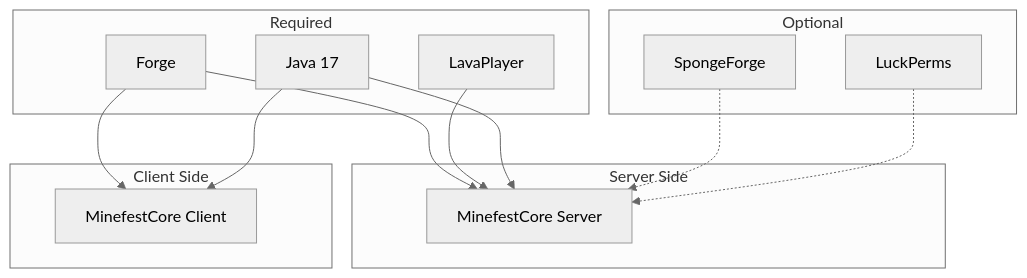
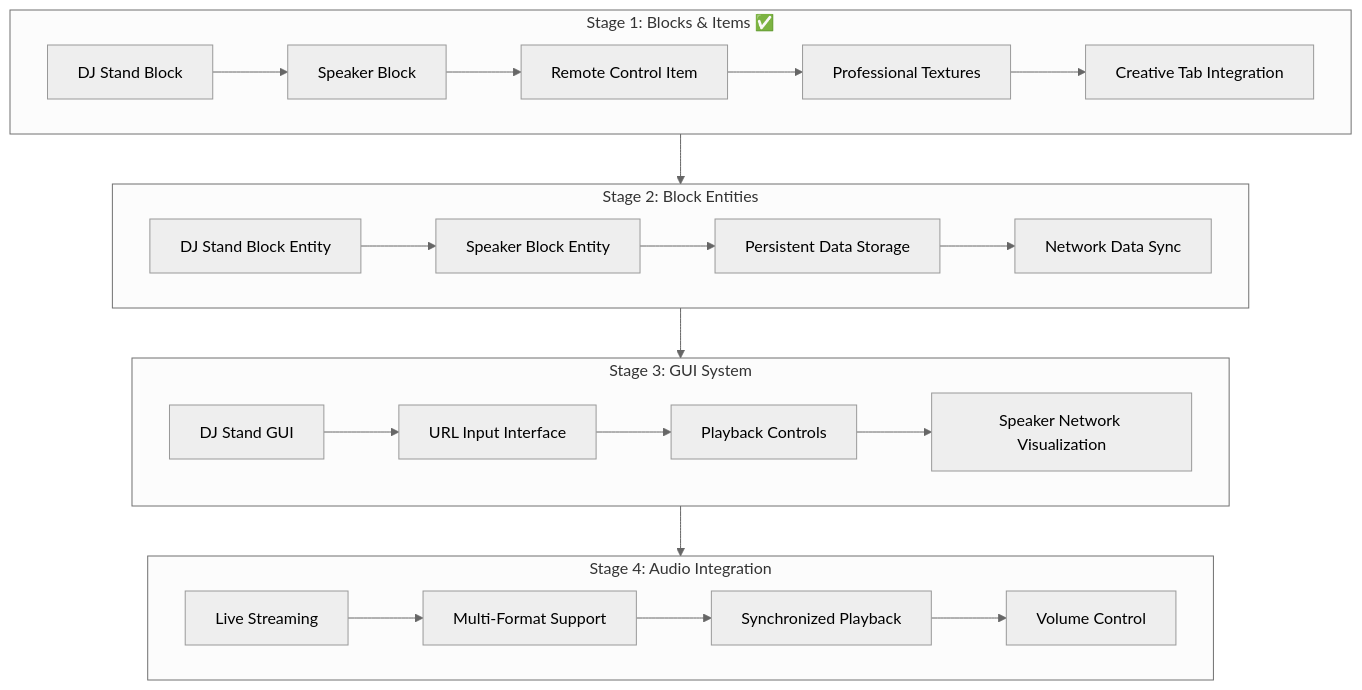
The tenth of 10 diagrams in docs/ARCHITECTURE.md (ThornsOfire/Minefest-Core), drawn with Mermaid (neutral theme) before and after one commit. The commit also changed other lines of this file and 65 other files, not shown here.

Commit message:
v1.20.4-0.2.3.1: Complete Project Restoration & Stage 1-3 Implementation - COMPLETE CHANGELOG restored from v0.1.0.1 to current with full Stage 1-3 audio infrastructure, professional GUI system, documentation formatting fixes, and production server automation

````diff
--- a/docs/ARCHITECTURE.md
+++ b/docs/ARCHITECTURE.md
@@ -240,29 +406,31 @@
 ```mermaid
 graph TD
-    subgraph Required
-        A[Forge]
-        B[LavaPlayer]
-        C[Java 17]
+    subgraph Stage_1_Complete [Stage 1: Blocks & Items ✅]
+        A[DJ Stand Block] --> B[Speaker Block]
+        B --> C[Remote Control Item]
+        C --> D[Professional Textures]
+        D --> E[Creative Tab Integration]
     end
     
-    subgraph Optional
-        D[SpongeForge]
-        E[LuckPerms]
+    subgraph Stage_2_Planned [Stage 2: Block Entities]
+        F[DJ Stand Block Entity] --> G[Speaker Block Entity]
+        G --> H[Persistent Data Storage]
+        H --> I[Network Data Sync]
     end
     
-    subgraph Server Side
-        F[MinefestCore Server]
+    subgraph Stage_3_Planned [Stage 3: GUI System]
+        J[DJ Stand GUI] --> K[URL Input Interface]
+        K --> L[Playback Controls]
+        L --> M[Speaker Network Visualization]
     end
     
-    subgraph Client Side
-        G[MinefestCore Client]
+    subgraph Stage_4_Planned [Stage 4: Audio Integration]
+        N[Live Streaming] --> O[Multi-Format Support]
+        O --> P[Synchronized Playback]
+        P --> Q[Volume Control]
     end
     
-    A --> F
-    A --> G
-    B --> F
-    C --> F
-    C --> G
-    D -.-> F
-    E -.-> F
+    Stage_1_Complete --> Stage_2_Planned
+    Stage_2_Planned --> Stage_3_Planned
+    Stage_3_Planned --> Stage_4_Planned
 ```
````
